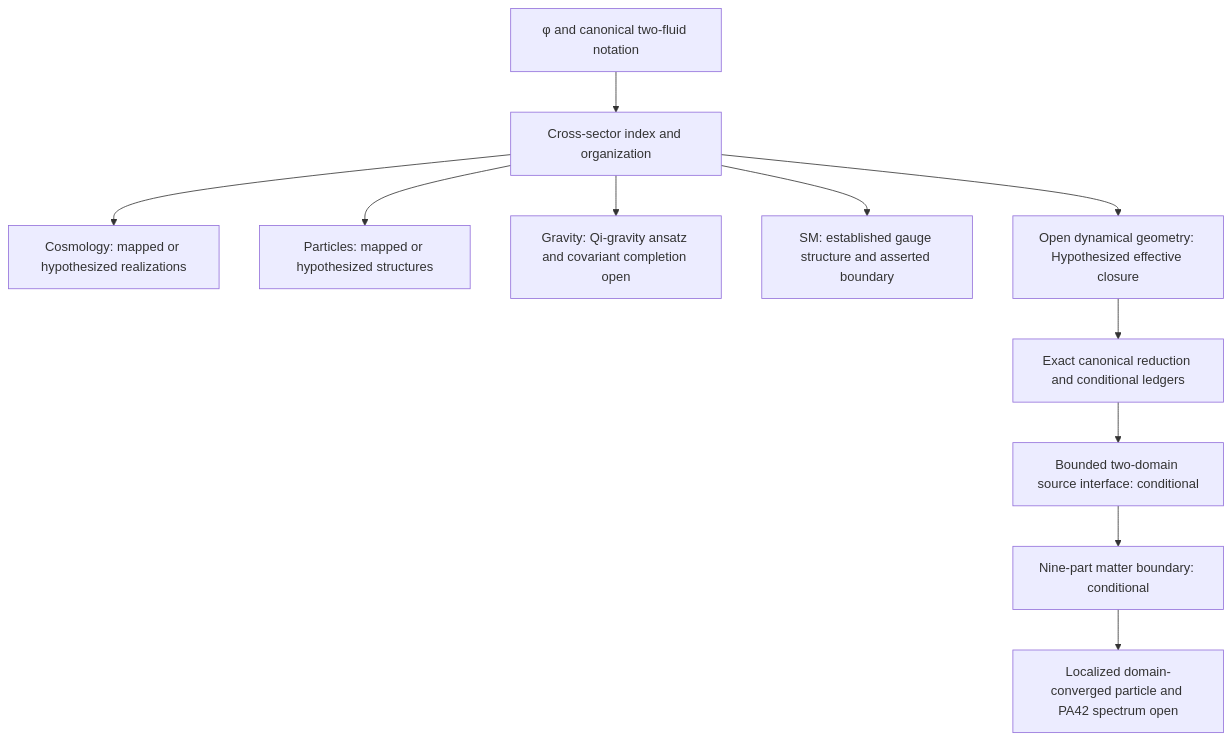
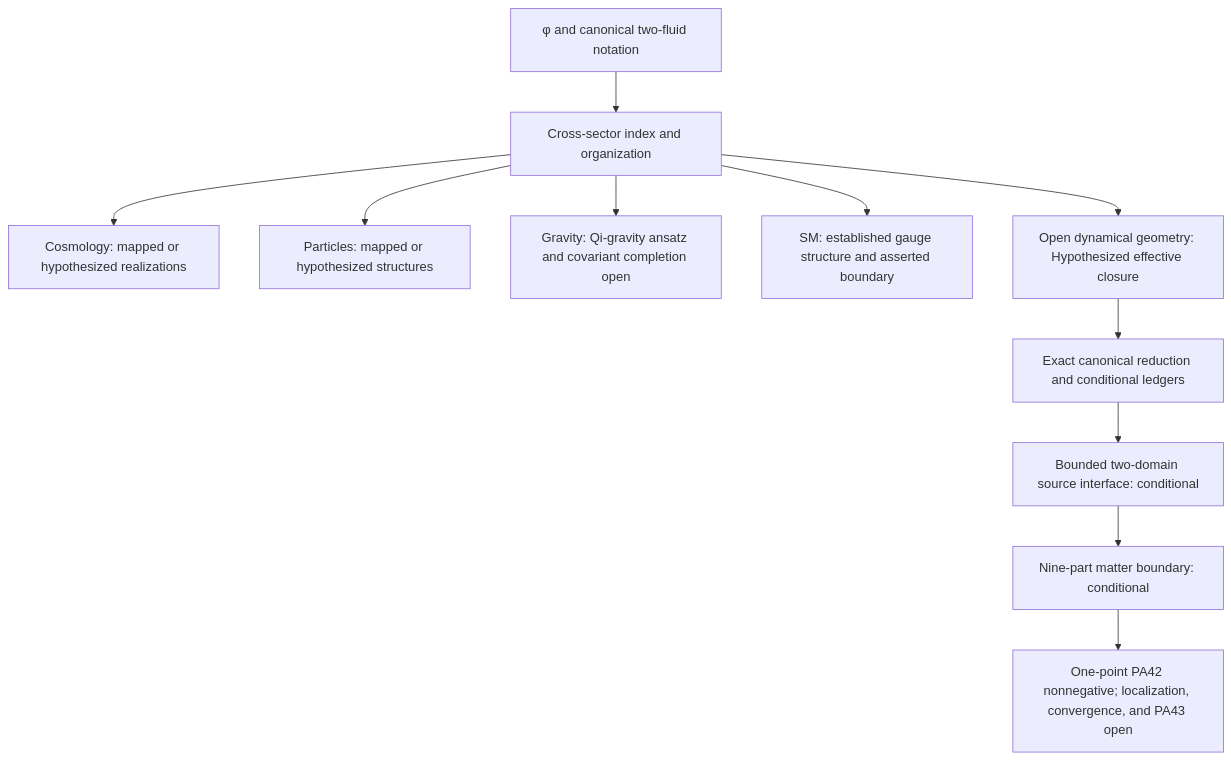
One commit to CassiTheOracle/cassi changed diagram 28 of 37 in CassiTheory/open-questions-cassi-answers.md. Above: the diagram before and after it, drawn with Mermaid. The commit also changed other lines of this file and 19 other files, not shown here.

````diff
--- a/CassiTheory/open-questions-cassi-answers.md
+++ b/CassiTheory/open-questions-cassi-answers.md
@@ -1130,13 +1131,13 @@
 ```mermaid
 flowchart TD
     A[φ and canonical two-fluid notation] --> B[Cross-sector index and organization]
     B --> C[Cosmology: mapped or hypothesized realizations]
     B --> D[Particles: mapped or hypothesized structures]
     B --> E[Gravity: Qi-gravity ansatz and covariant completion open]
     B --> F[SM: established gauge structure and asserted boundary]
     B --> H[Open dynamical geometry: Hypothesized effective closure]
     H --> I[Exact canonical reduction and conditional ledgers]
     I --> J[Bounded two-domain source interface: conditional]
     J --> K[Nine-part matter boundary: conditional]
-    K --> G[Localized domain-converged particle and PA42 spectrum open]
+    K --> G[One-point PA42 nonnegative; localization, convergence, and PA43 open]
 ```
````
